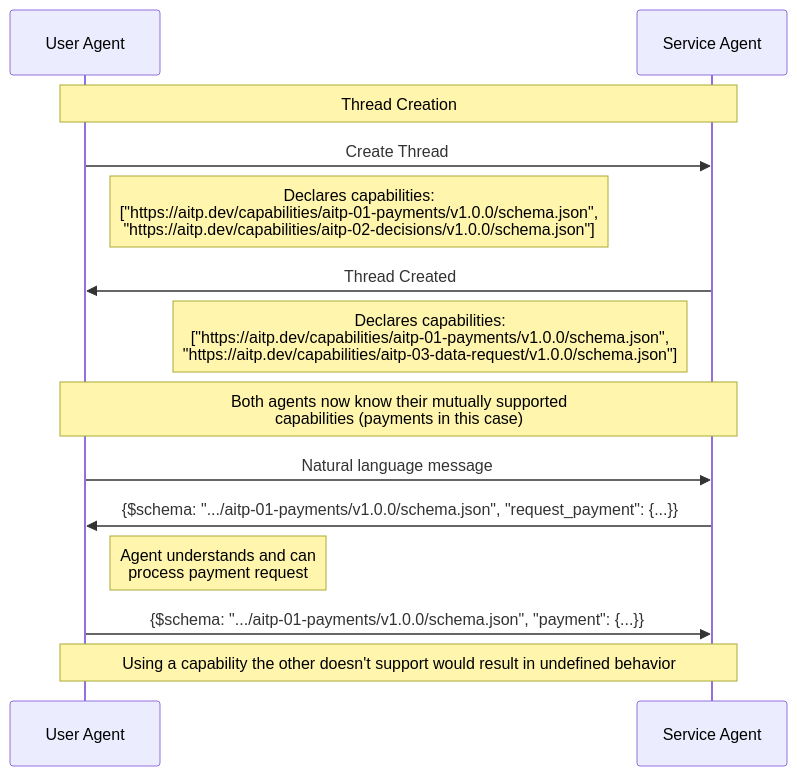
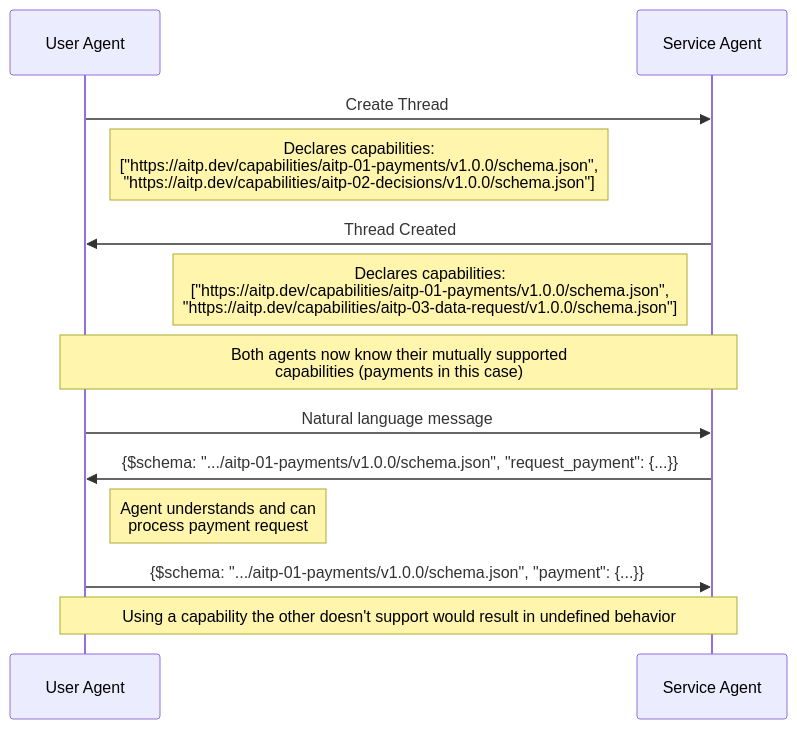
Before and after one commit to nearai/aitp: the diagram in website/docs/capabilities/capabilities.md, drawn with Mermaid. The commit also changed other lines of this file and 3 other files, not shown here.

````diff
--- a/website/docs/capabilities/capabilities.md
+++ b/website/docs/capabilities/capabilities.md
@@ -41,20 +46,19 @@
 ```mermaid
 sequenceDiagram
     participant U as User Agent
     participant A as Service Agent
     
-    Note over U,A: Thread Creation
     U->>A: Create Thread
     Note right of U: Declares capabilities:<br>["https://aitp.dev/capabilities/aitp-01-payments/v1.0.0/schema.json",<br>"https://aitp.dev/capabilities/aitp-02-decisions/v1.0.0/schema.json"]
     A->>U: Thread Created
     Note left of A: Declares capabilities:<br>["https://aitp.dev/capabilities/aitp-01-payments/v1.0.0/schema.json",<br>"https://aitp.dev/capabilities/aitp-03-data-request/v1.0.0/schema.json"]
     
     Note over U,A: Both agents now know their mutually supported<br>capabilities (payments in this case)
     
     U->>A: Natural language message
     A->>U: {$schema: ".../aitp-01-payments/v1.0.0/schema.json", "request_payment": {...}}
     Note right of U: Agent understands and can<br>process payment request
     U->>A: {$schema: ".../aitp-01-payments/v1.0.0/schema.json", "payment": {...}}
     
     Note over U,A: Using a capability the other doesn't support would result in undefined behavior
 ```
````
